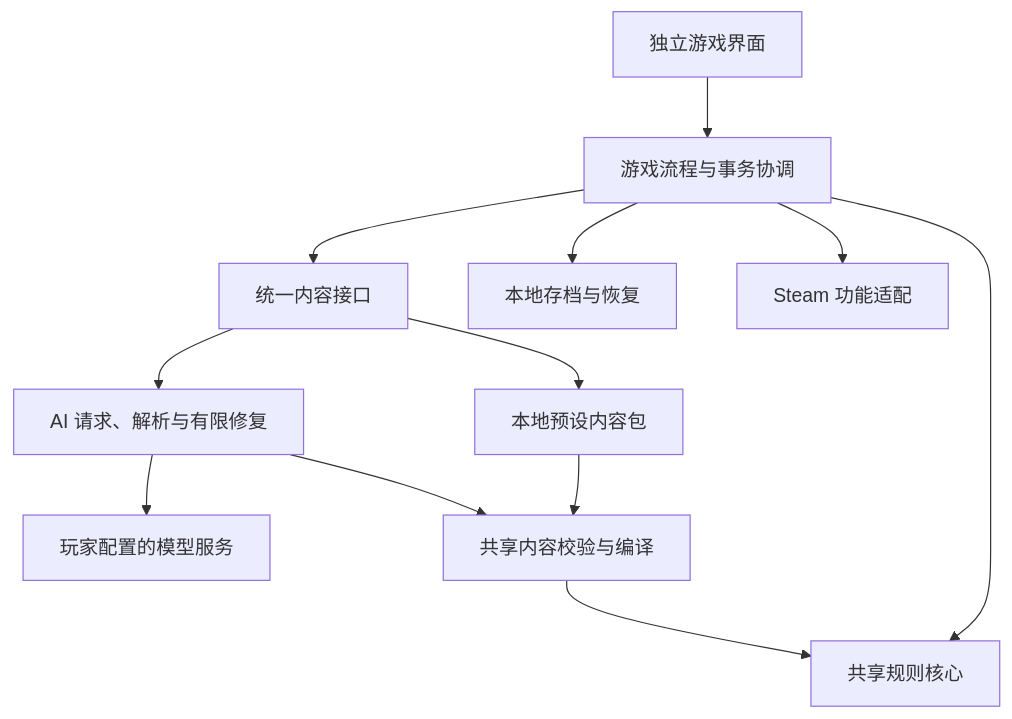
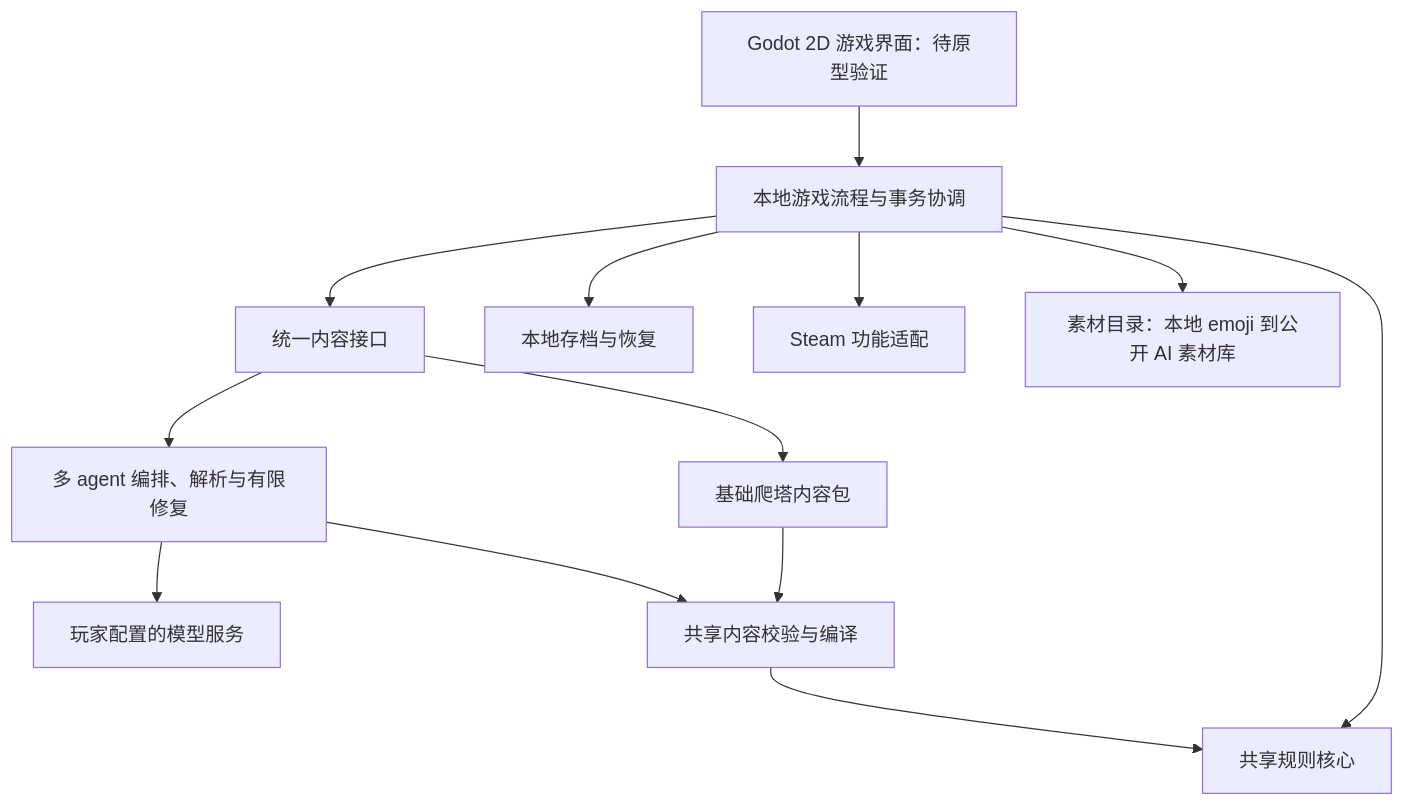
The diagram in docs/design/standalone-steam-roadmap.md (HolyFishhh/magic-girl-world), drawn with Mermaid before and after one commit. The commit also changed other lines of this file and 1 other file, not shown here.

Commit message:
docs: refocus Steam plan on AI, 2D engine and licensed emoji assets

````diff
--- a/docs/design/standalone-steam-roadmap.md
+++ b/docs/design/standalone-steam-roadmap.md
@@ -77,14 +77,15 @@
 ```mermaid
 flowchart TD
-    UI[独立游戏界面] --> APP[游戏流程与事务协调]
+    UI[Godot 2D 游戏界面：待原型验证] --> APP[本地游戏流程与事务协调]
     APP --> CORE[共享规则核心]
     APP --> CONTENT[统一内容接口]
-    CONTENT --> LOCAL[本地预设内容包]
-    CONTENT --> AI[AI 请求、解析与有限修复]
+    CONTENT --> LOCAL[基础爬塔内容包]
+    CONTENT --> AI[多 agent 编排、解析与有限修复]
     AI --> MODEL[玩家配置的模型服务]
     LOCAL --> VALIDATE[共享内容校验与编译]
     AI --> VALIDATE
     VALIDATE --> CORE
     APP --> SAVE[本地存档与恢复]
     APP --> STEAM[Steam 功能适配]
+    APP --> ASSET[素材目录：本地 emoji 到公开 AI 素材库]
 ```
````
